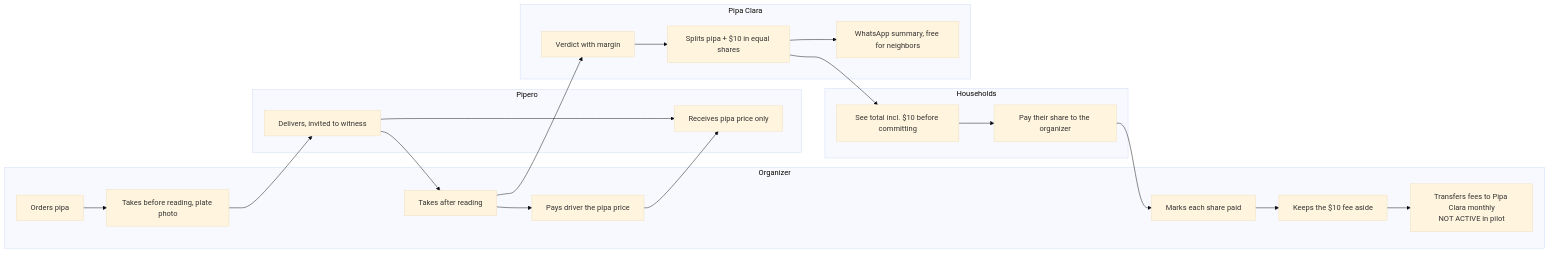
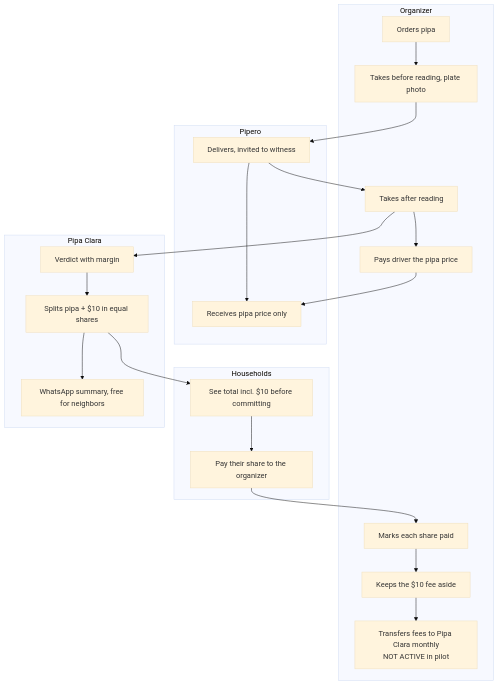
One commit to fatimafortes/pipa-clara-venture changed the second of 2 diagrams in docs/PACKET.md. Above: the diagram before and after it, drawn with Mermaid (base theme).

Commit message:
docs: vertical swimlane in the week 14 packet
Claude-Session: https://claude.ai/code/session_01Y23gfSF3Hji1r6gLfE75d4

````diff
--- a/docs/PACKET.md
+++ b/docs/PACKET.md
@@ -66,23 +66,23 @@
 ```mermaid
-flowchart LR
+flowchart TB
     subgraph O[Organizer]
         O1[Orders pipa] --> O2[Takes before reading, plate photo]
         O3[Takes after reading] --> O4[Pays driver the pipa price]
         O5[Marks each share paid] --> O6[Keeps the $10 fee aside]
         O6 --> O7[Transfers fees to Pipa Clara monthly<br/>NOT ACTIVE in pilot]
     end
     subgraph H[Households]
         H1[See total incl. $10 before committing] --> H2[Pay their share to the organizer]
     end
     subgraph D[Pipero]
         D1[Delivers, invited to witness] --> D2[Receives pipa price only]
     end
     subgraph P[Pipa Clara]
         P1[Verdict with margin] --> P2[Splits pipa + $10 in equal shares]
         P2 --> P3[WhatsApp summary, free for neighbors]
     end
     O2 --> D1 --> O3 --> P1
     P2 --> H1
     H2 --> O5
     O4 --> D2
 ```
````
